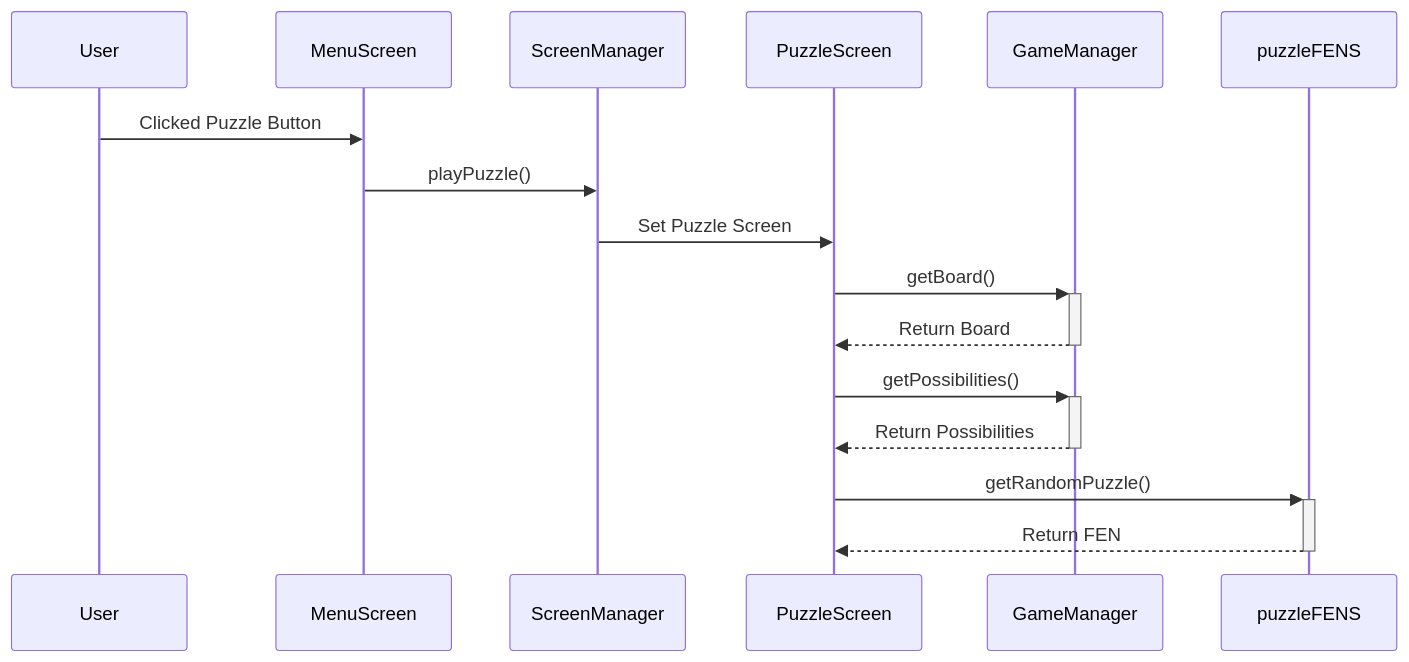
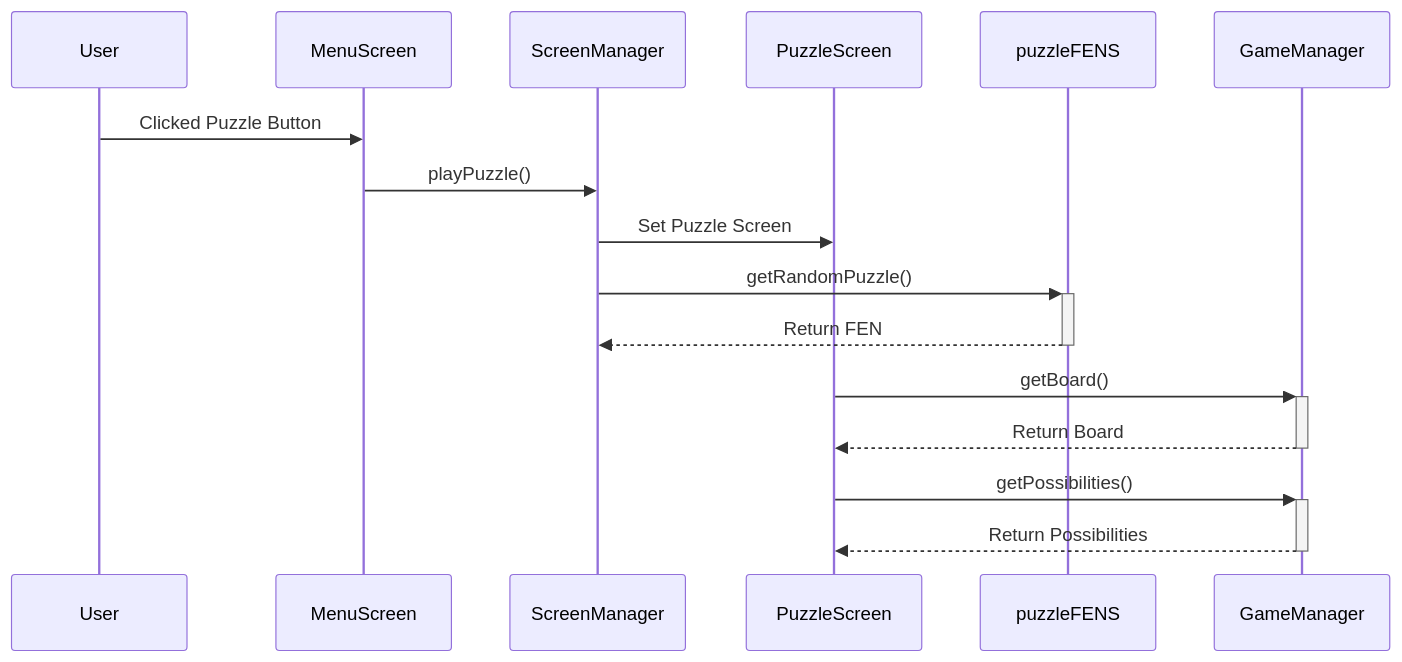
The diagram in PuzzleSequence.md (cis3296f24/gameroomgdx), drawn with Mermaid before and after one commit.

Commit message:
Fixed order

````diff
--- a/PuzzleSequence.md
+++ b/PuzzleSequence.md
@@ -3,19 +3,20 @@
 ```mermaid 
 sequenceDiagram
     participant User
     participant MenuScreen
     User ->> MenuScreen: Clicked Puzzle Button
     participant ScreenManager
     MenuScreen ->> ScreenManager: playPuzzle()
     participant PuzzleScreen
     ScreenManager ->> PuzzleScreen: Set Puzzle Screen
+    participant puzzleFENS
+    ScreenManager ->> + puzzleFENS: getRandomPuzzle()
+    puzzleFENS -->> - ScreenManager: Return FEN
     participant GameManager
     PuzzleScreen ->> + GameManager: getBoard()
     GameManager -->> - PuzzleScreen: Return Board
     PuzzleScreen ->> + GameManager: getPossibilities()
     GameManager -->> - PuzzleScreen: Return Possibilities
-    participant puzzleFENS
-    PuzzleScreen ->> + puzzleFENS: getRandomPuzzle()
-    puzzleFENS -->> - PuzzleScreen: Return FEN
+    
 
 ```
````
